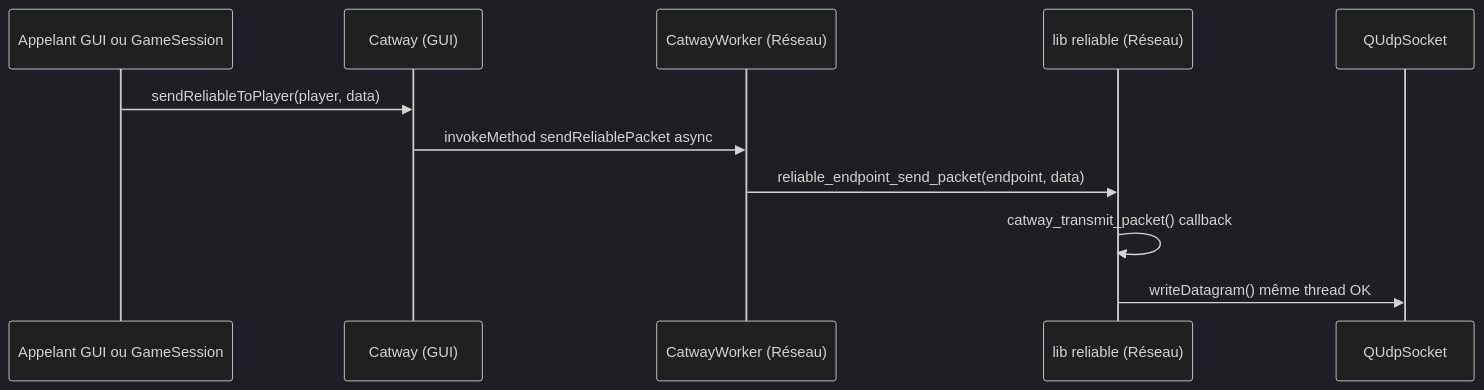
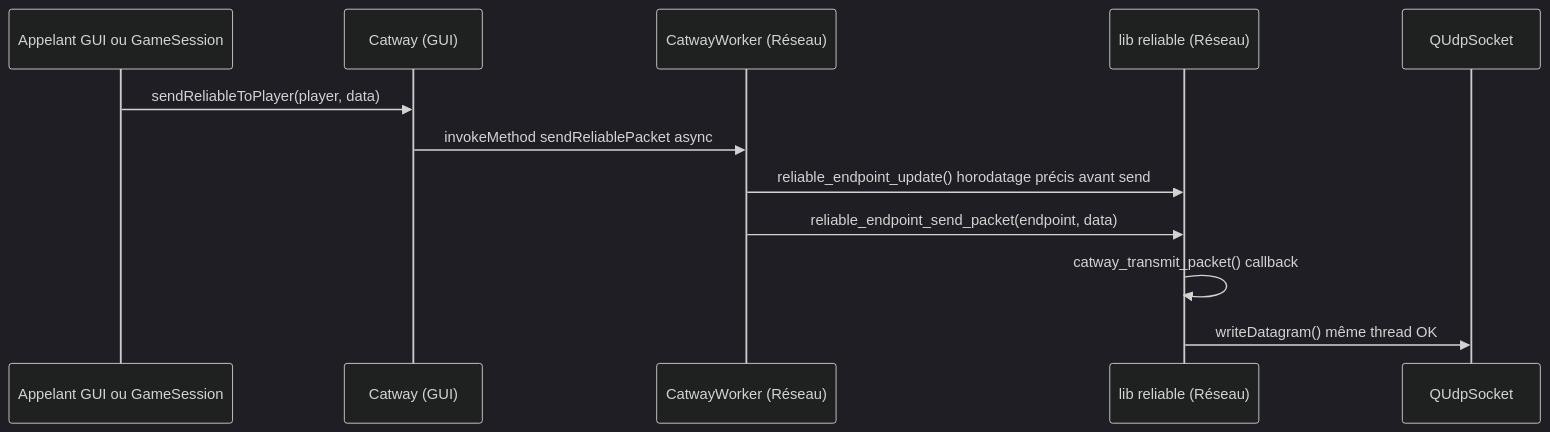
The fourth of 6 diagrams in Meownopoly/doc/architecture/CATWAY_ARCHITECTURE.md (antoinnneee/meownopoly), drawn with Mermaid (dark theme) before and after one commit. The commit also changed other lines of this file and 6 other files, not shown here.

````diff
--- a/Meownopoly/doc/architecture/CATWAY_ARCHITECTURE.md
+++ b/Meownopoly/doc/architecture/CATWAY_ARCHITECTURE.md
@@ -255,13 +269,14 @@
 ```mermaid
 sequenceDiagram
     participant Caller as Appelant GUI ou GameSession
     participant Catway as Catway (GUI)
     participant Worker as CatwayWorker (Réseau)
     participant Lib as lib reliable (Réseau)
 
     Caller->>Catway: sendReliableToPlayer(player, data)
     Catway->>Worker: invokeMethod sendReliablePacket async
+    Worker->>Lib: reliable_endpoint_update() horodatage précis avant send
     Worker->>Lib: reliable_endpoint_send_packet(endpoint, data)
     Lib->>Lib: catway_transmit_packet() callback
     Lib->>QUdpSocket: writeDatagram() même thread OK
 ```
````
